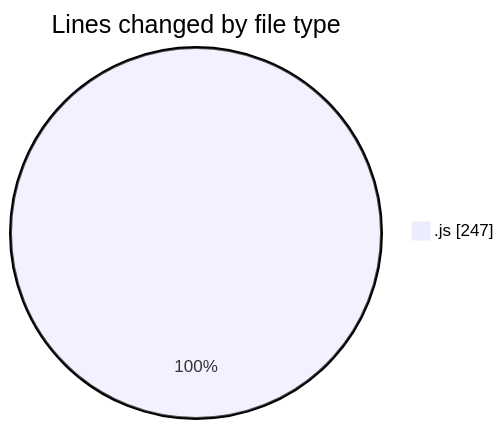
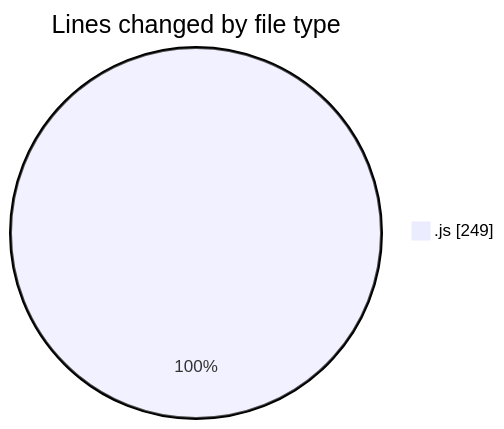
Before and after one commit to nxtqubesakshisongat/code-tracking: the first of 2 diagrams in 2025-06-20/nxtqube_webapp/README.md, drawn with Mermaid. The commit also changed other lines of this file and 1 other file, not shown here.

````diff
--- a/2025-06-20/nxtqube_webapp/README.md
+++ b/2025-06-20/nxtqube_webapp/README.md
@@ -24,5 +24,5 @@
 ```mermaid
 pie showData
 title Lines changed by file type
-".js" : 247
+".js" : 249
 ```
````
